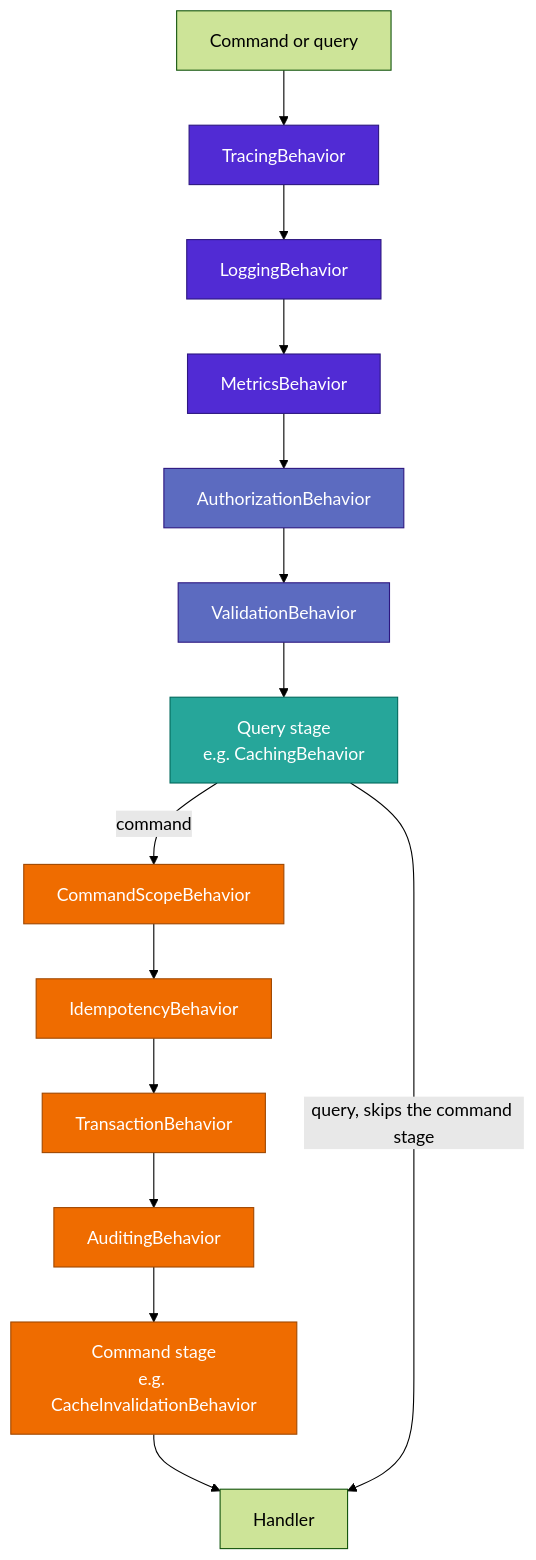
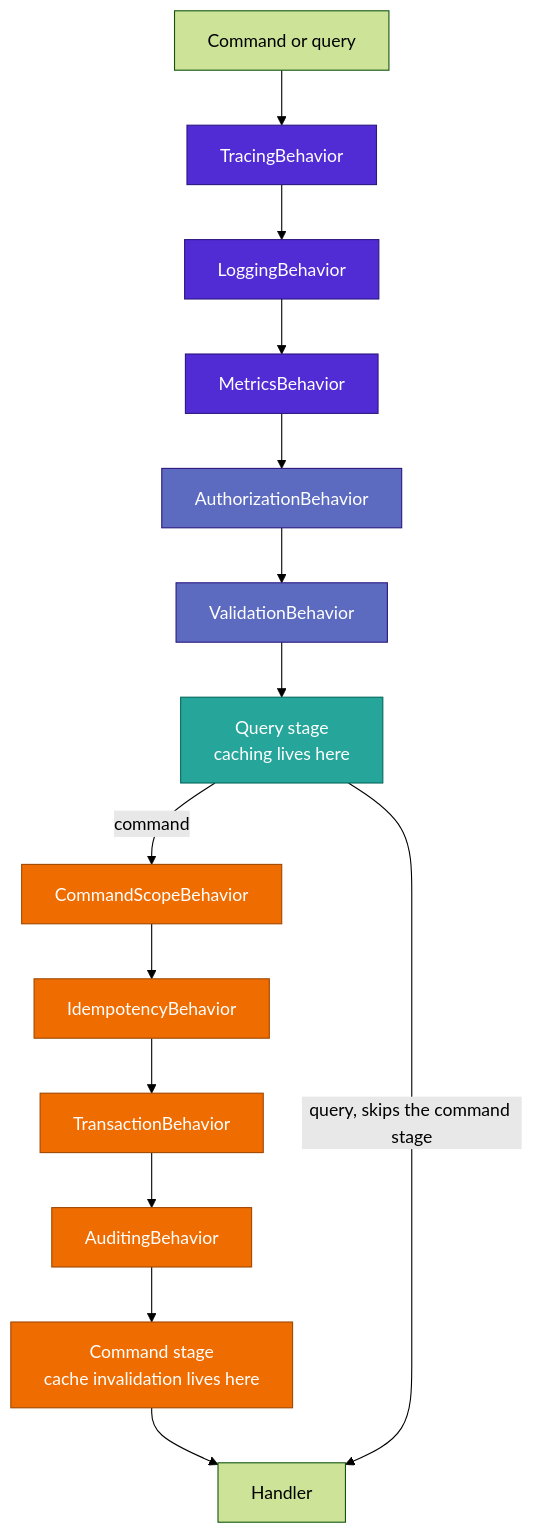
One commit to Gresta-Vertex-Labs/platform-shared-kernel changed the second of 3 diagrams in 05.Application/README.md. Above: the diagram before and after it, drawn with Mermaid (forest theme). The commit also changed other lines of this file and 43 other files, not shown here.

````diff
--- a/05.Application/README.md
+++ b/05.Application/README.md
@@ -87,32 +195,32 @@
 ```mermaid
 flowchart TB
     Req["Command or query"]
     Tracing["TracingBehavior"]
     Logging["LoggingBehavior"]
     Metrics["MetricsBehavior"]
     Authz["AuthorizationBehavior"]
     Valid["ValidationBehavior"]
-    QueryStage["Query stage<br/>e.g. CachingBehavior"]
+    QueryStage["Query stage<br/>caching lives here"]
     Scope["CommandScopeBehavior"]
     Idem["IdempotencyBehavior"]
     Txn["TransactionBehavior"]
     Audit["AuditingBehavior"]
-    CmdStage["Command stage<br/>e.g. CacheInvalidationBehavior"]
+    CmdStage["Command stage<br/>cache invalidation lives here"]
     Handler["Handler"]
 
     Req --> Tracing --> Logging --> Metrics --> Authz --> Valid --> QueryStage
     QueryStage -->|command| Scope --> Idem --> Txn --> Audit --> CmdStage --> Handler
     QueryStage -->|query, skips the command stage| Handler
 
     style Tracing fill:#512BD4,color:#fff,stroke:#2d1780
     style Logging fill:#512BD4,color:#fff,stroke:#2d1780
     style Metrics fill:#512BD4,color:#fff,stroke:#2d1780
     style Authz fill:#5c6bc0,color:#fff,stroke:#2d1780
     style Valid fill:#5c6bc0,color:#fff,stroke:#2d1780
     style QueryStage fill:#26a69a,color:#fff,stroke:#00695c
     style Scope fill:#ef6c00,color:#fff,stroke:#a04800
     style Idem fill:#ef6c00,color:#fff,stroke:#a04800
     style Txn fill:#ef6c00,color:#fff,stroke:#a04800
     style Audit fill:#ef6c00,color:#fff,stroke:#a04800
     style CmdStage fill:#ef6c00,color:#fff,stroke:#a04800
 ```
````
